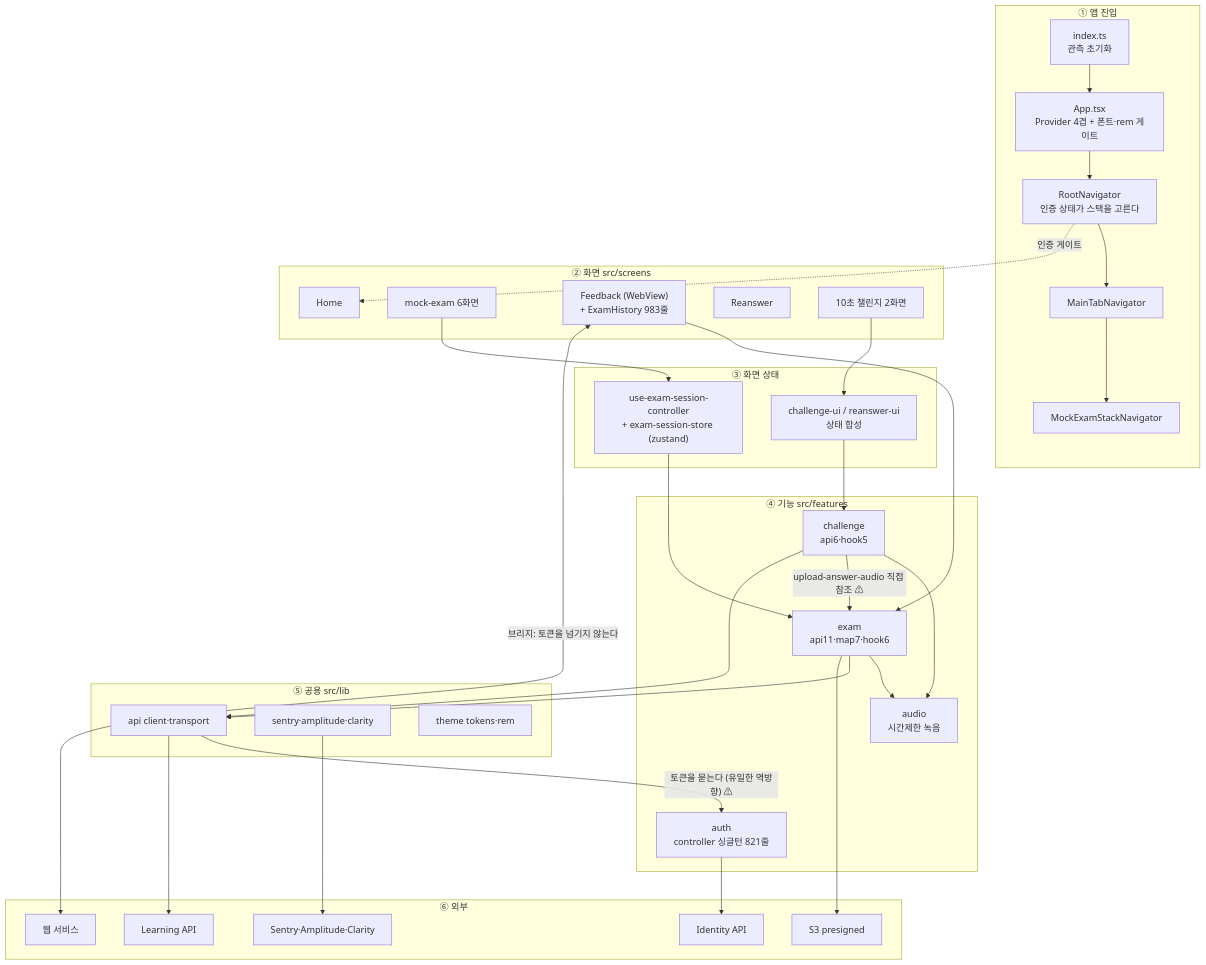
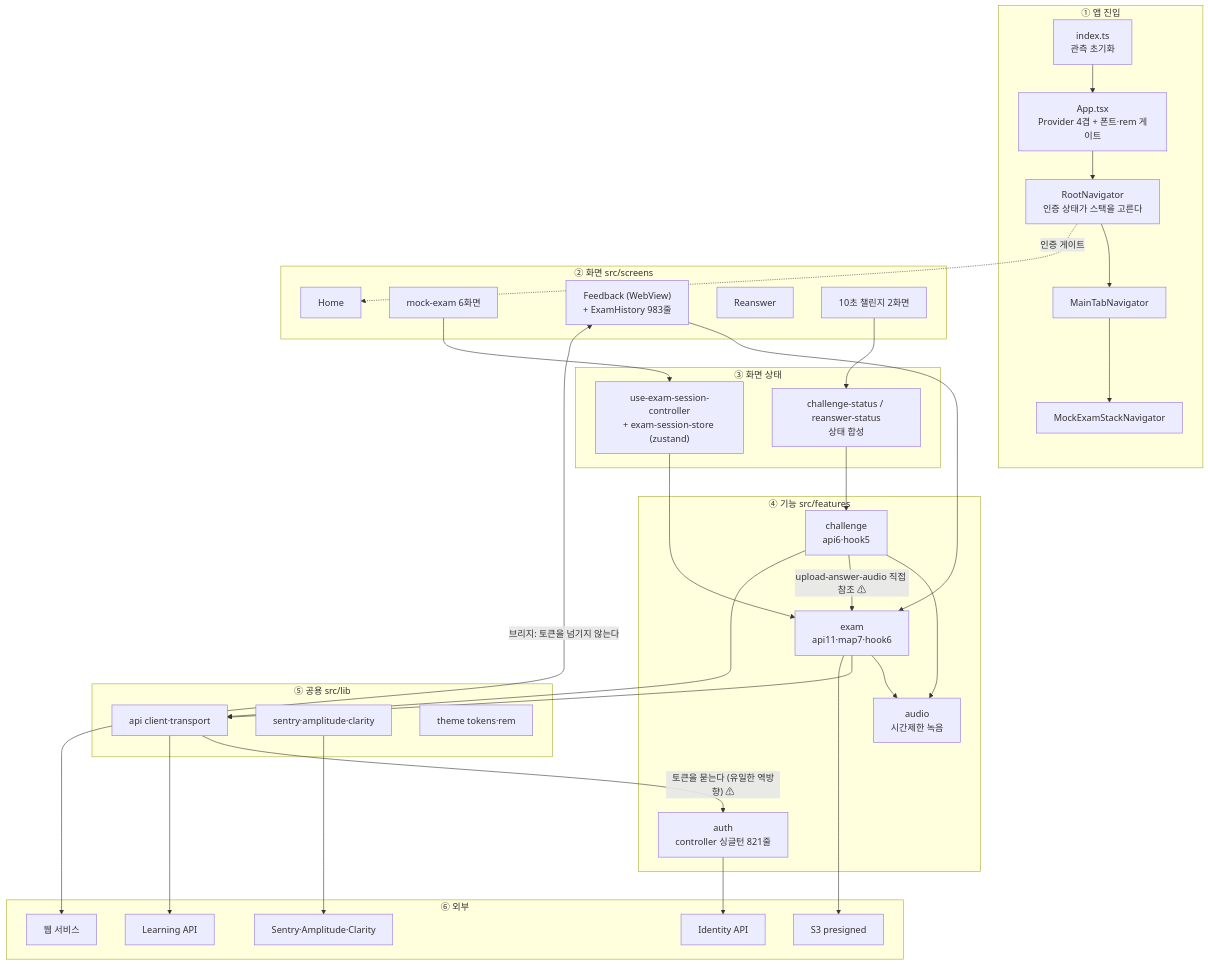
One commit to Too-Much-I/app-front-end changed the third of 5 diagrams in docs/architecture/alt-formats/diagrams.mmd.md. Above: the diagram before and after it, drawn with Mermaid. The commit also changed other lines of this file and 41 other files, not shown here.

````diff
--- a/docs/architecture/alt-formats/diagrams.mmd.md
+++ b/docs/architecture/alt-formats/diagrams.mmd.md
@@ -84,38 +84,38 @@
 ```mermaid
 graph TB
   subgraph L0["① 앱 진입"]
     IDX["index.ts<br/>관측 초기화"] --> APP["App.tsx<br/>Provider 4겹 + 폰트·rem 게이트"] --> RN["RootNavigator<br/>인증 상태가 스택을 고른다"]
     RN --> TAB["MainTabNavigator"] --> MS["MockExamStackNavigator"]
   end
   subgraph L1["② 화면 src/screens"]
     SH["Home"]; SE["mock-exam 6화면"]; SF["Feedback (WebView)<br/>+ ExamHistory 983줄"]; SR["Reanswer"]; SC["10초 챌린지 2화면"]
   end
   subgraph L2["③ 화면 상태"]
-    HE["use-exam-session-controller<br/>+ exam-session-store (zustand)"]; HU["challenge-ui / reanswer-ui<br/>상태 합성"]
+    HE["use-exam-session-controller<br/>+ exam-session-store (zustand)"]; HU["challenge-status / reanswer-status<br/>상태 합성"]
   end
   subgraph L3["④ 기능 src/features"]
     FA["auth<br/>controller 싱글턴 821줄"]; FE["exam<br/>api11·map7·hook6"]; FC["challenge<br/>api6·hook5"]; FD["audio<br/>시간제한 녹음"]
   end
   subgraph L4["⑤ 공용 src/lib"]
     LA["api client·transport"]; LO["sentry·amplitude·clarity"]; LT["theme tokens·rem"]
   end
   subgraph L5["⑥ 외부"]
     XI["Identity API"]; XL["Learning API"]; XS["S3 presigned"]; XW["웹 서비스"]; XO["Sentry·Amplitude·Clarity"]
   end
 
   RN -.인증 게이트.-> SH
   SE --> HE --> FE
   SC --> HU --> FC
   SF --> FE
   FE --> FD
   FC --> FD
   FC -->|"upload-answer-audio 직접 참조 ⚠"| FE
   FE --> LA
   FC --> LA
   LA -->|"토큰을 묻는다 (유일한 역방향) ⚠"| FA
   LA --> XL
   FA --> XI
   FE --> XS
   SF <-->|"브리지: 토큰을 넘기지 않는다"| XW
   LO --> XO
 ```
````
